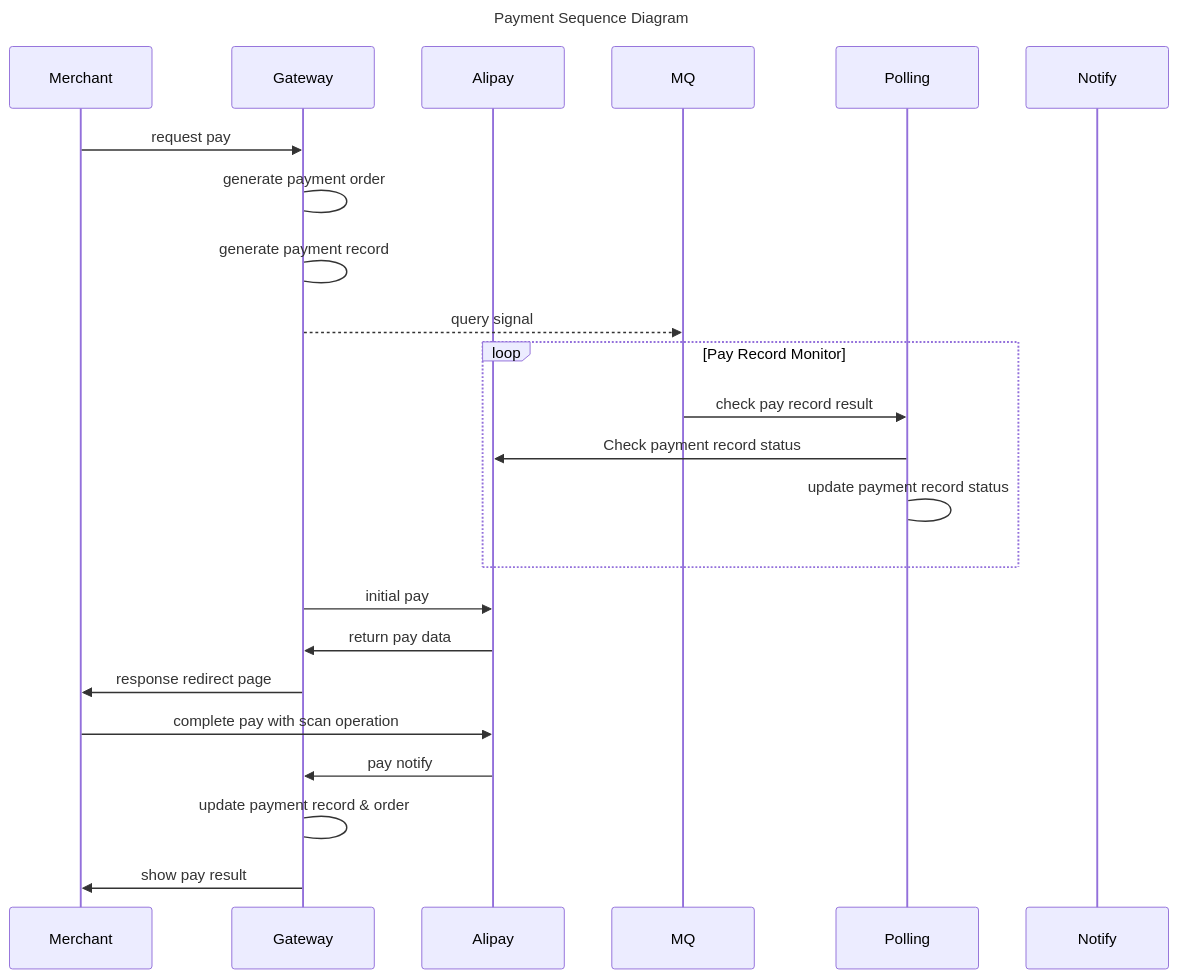
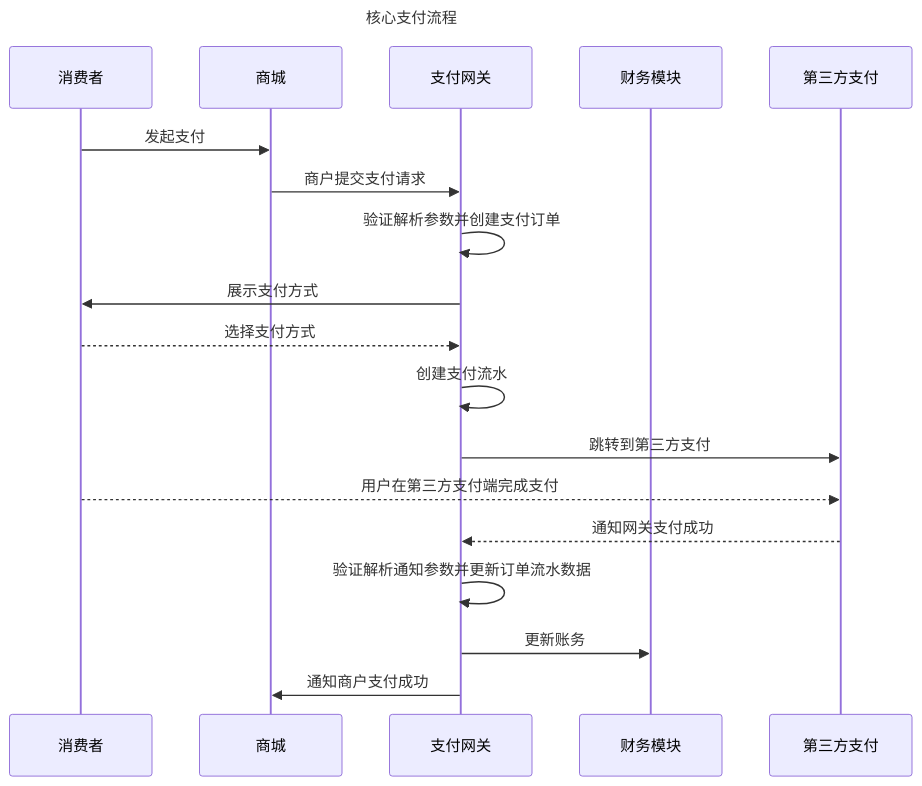
One commit to jhezjkp/roncoo-pay changed the diagram in doc/业务流程.md. Above: the diagram before and after it, drawn with Mermaid.

Commit message:
更新支付流程

````diff
--- a/doc/业务流程.md
+++ b/doc/业务流程.md
@@ -5,29 +5,24 @@
 ```mermaid
-%% 以支付宝扫码支付为例
 sequenceDiagram
-title: Payment Sequence Diagram
-participant Merchant
-participant Gateway
-participant Alipay
-participant MQ
-participant Polling
-participant Notify
+title: 核心支付流程
+participant 消费者
+participant 商城
+participant 支付网关
+participant 财务模块
+participant 第三方支付
 
-Merchant->>Gateway: request pay
-Gateway->Gateway: generate payment order
-Gateway->Gateway: generate payment record
-Gateway-->>MQ: query signal
-loop Pay Record Monitor
-	MQ->>Polling: check pay record result
-	Polling->>Alipay: Check payment record status
-	Polling->Polling: update payment record status
-end
-Gateway->>Alipay: initial pay
-Alipay->>Gateway: return pay data
-Gateway->>Merchant: response redirect page
-Merchant->>Alipay: complete pay with scan operation
-Alipay->>Gateway: pay notify
-Gateway->Gateway: update payment record & order
-Gateway->>Merchant: show pay result
+消费者->>商城: 发起支付
+商城->>支付网关: 商户提交支付请求
+支付网关->>支付网关: 验证解析参数并创建支付订单
+支付网关->>消费者: 展示支付方式
+消费者-->>支付网关: 选择支付方式
+支付网关->>支付网关: 创建支付流水
+支付网关->>第三方支付: 跳转到第三方支付
+消费者-->>第三方支付: 用户在第三方支付端完成支付
+第三方支付-->>支付网关: 通知网关支付成功
+支付网关->>支付网关: 验证解析通知参数并更新订单流水数据
+支付网关->>财务模块: 更新账务
+支付网关->>商城: 通知商户支付成功
+
 
 ```
````
